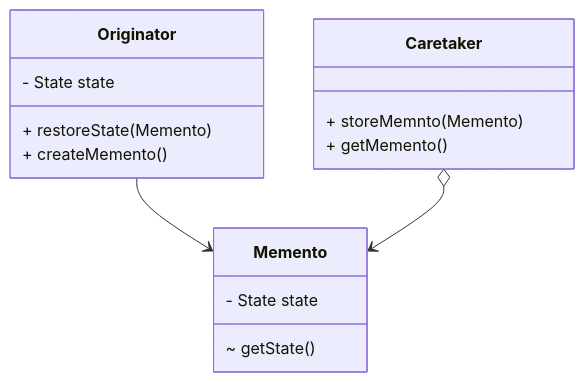
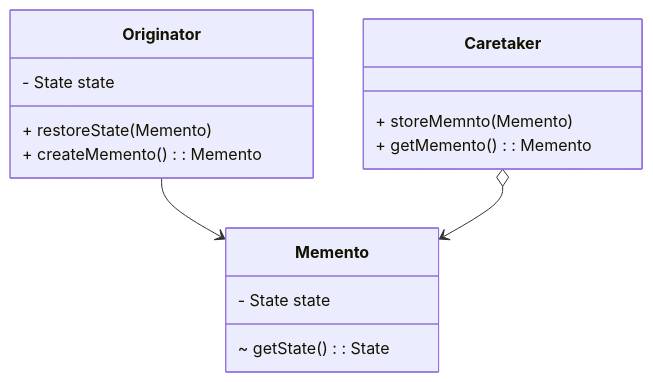
Before and after one commit to wqf31415/wqf31415.github.io: the first of 2 diagrams in source/_drafts/设计模式之备忘录模式.md, drawn with Mermaid. The commit also changed other lines of this file, not shown here.

Commit message:
:triangular_flag_on_post: 修改类图

````diff
--- a/source/_drafts/设计模式之备忘录模式.md
+++ b/source/_drafts/设计模式之备忘录模式.md
@@ -17,12 +17,19 @@
 ```mermaid
 classDiagram
 Originator --> Memento
-Originator : - State state
-Originator : + restoreState(Memento)
-Originator : + createMemento()
-Memento : - State state
-Memento : ~ getState()
+class Originator {
+  - State state
+  + restoreState(Memento)
+  + createMemento(): Memento
+}
+class Memento {
+  - State state
+  ~ getState(): State
+}
+
 Caretaker o--> Memento
-Caretaker : + storeMemnto(Memento)
-Caretaker : + getMemento()
+class Caretaker {
+  + storeMemnto(Memento)
+  + getMemento(): Memento
+}
 ```
````
